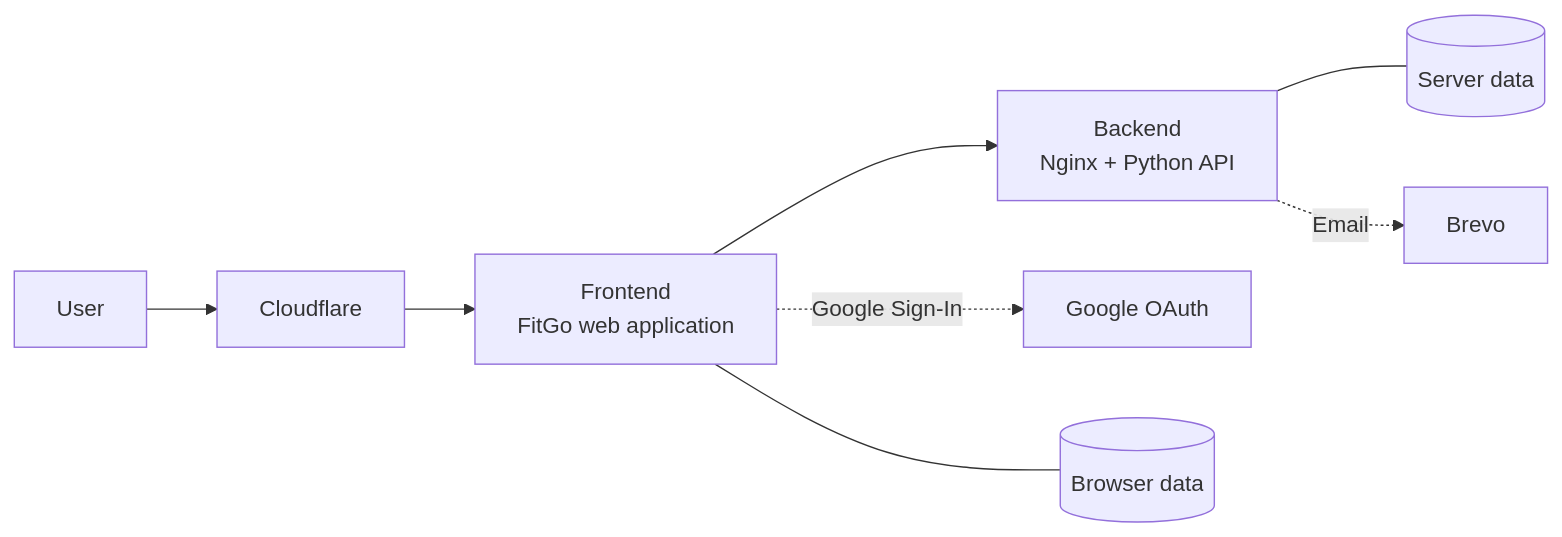
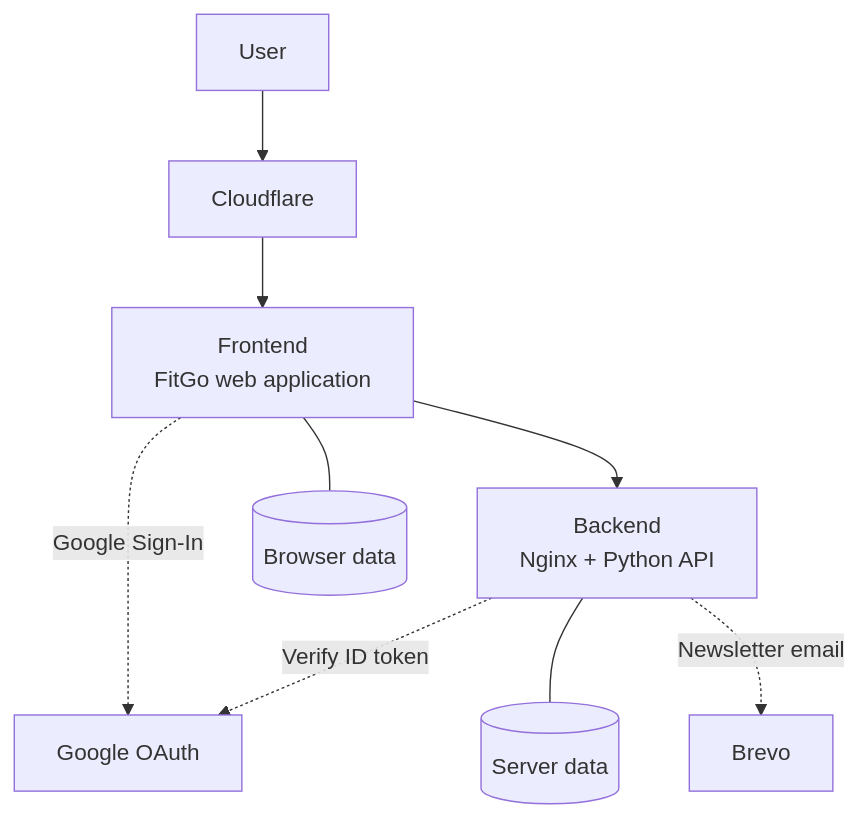
Before and after one commit to murilobellatini/murilobellatini: the diagram in README.md, drawn with Mermaid. The commit also changed other lines of this file, not shown here.

First line of the commit message:
Enhance README with architecture diagram

````diff
--- a/README.md
+++ b/README.md
@@ -144,11 +152,13 @@
 ```mermaid
-flowchart LR
+flowchart TD
     U[User] --> CF[Cloudflare]
     CF --> FE[Frontend<br>FitGo web application]
     FE --> BE[Backend<br>Nginx + Python API]
 
     FE -. Google Sign-In .-> GO[Google OAuth]
+    BE -. Verify ID token .-> GO
+
     FE --- CD[(Browser data)]
     BE --- SD[(Server data)]
-    BE -. Email .-> BR[Brevo]
+    BE -. Newsletter email .-> BR[Brevo]
 ```
````
